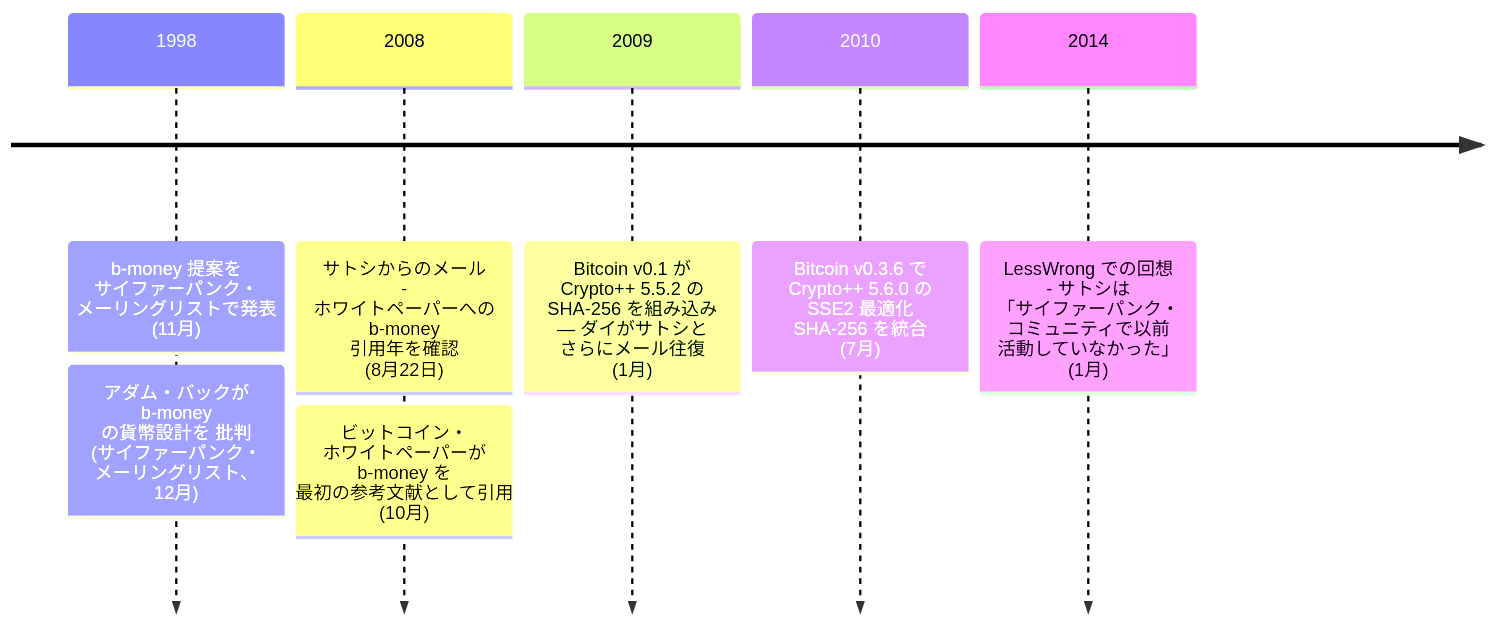
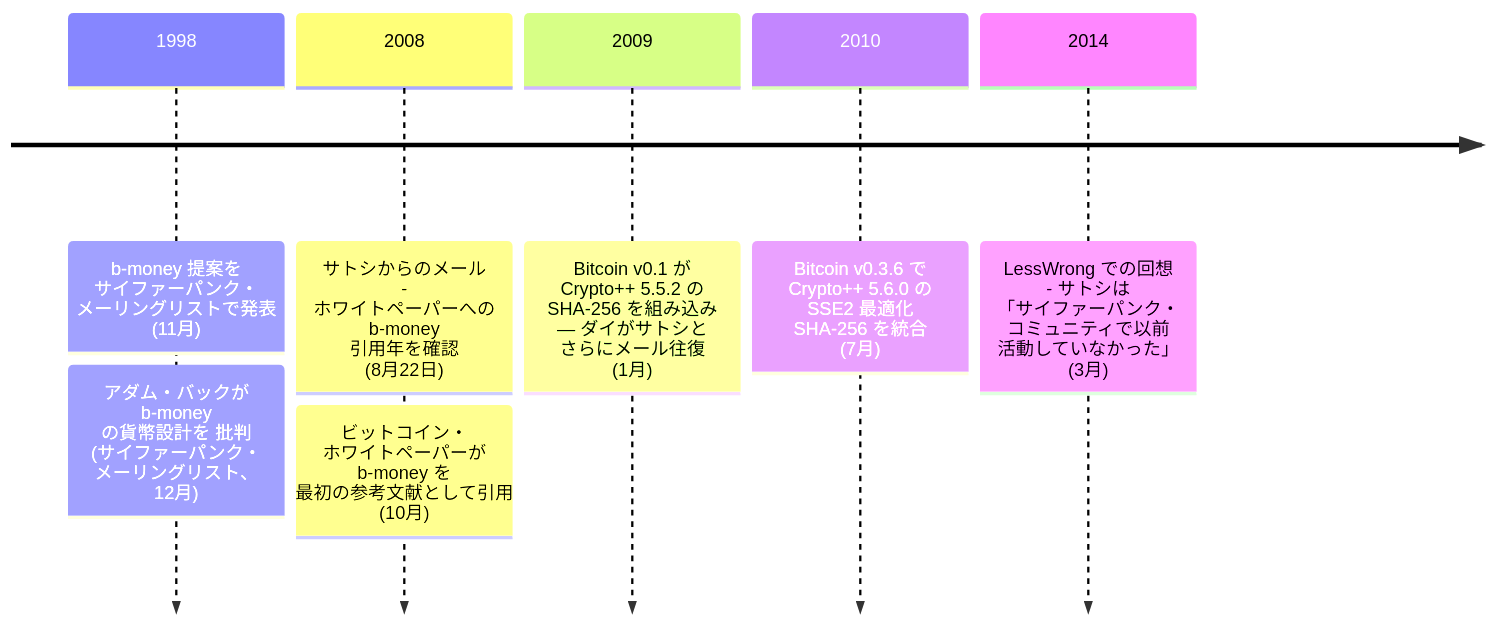
One commit to cypher256/BitcoinArchive changed the diagram in src/data/translations/ja/aftermath/2008-08-22-wei-dai-biography.md. Above: the diagram before and after it, drawn with Mermaid. The commit also changed 66 other files, not shown here.

````diff
--- a/src/data/translations/ja/aftermath/2008-08-22-wei-dai-biography.md
+++ b/src/data/translations/ja/aftermath/2008-08-22-wei-dai-biography.md
@@ -70,17 +70,17 @@
 ```mermaid
 timeline
     1998 : b-money 提案を サイファーパンク・ メーリングリストで発表 (11月)
     %% link: /BitcoinArchive/ja/entries/aftermath/1998-11-26-wei-dai-pipenet-b-money-announcement/
          : アダム・バックが b-money の貨幣設計を 批判 (サイファーパンク・ メーリングリスト、 12月)
     %% link: /BitcoinArchive/ja/entries/aftermath/1998-12-06-adam-back-b-money-monetary-critique/
     2008 : サトシからのメール - ホワイトペーパーへの b-money 引用年を確認 (8月22日)
     %% link: /BitcoinArchive/ja/entries/correspondence/wei-dai/2008-08-22-satoshi-to-wei-dai/
          : ビットコイン・ ホワイトペーパーが b-money を 最初の参考文献として引用 (10月)
     %% link: /BitcoinArchive/ja/entries/emails/cryptography/bitcoin-p2p-e-cash-paper/2008-10-31-bitcoin-p2p-e-cash-paper/
     2009 : Bitcoin v0.1 が Crypto++ 5.5.2 の SHA-256 を組み込み — ダイがサトシと さらにメール往復 (1月)
     %% link: /BitcoinArchive/ja/entries/correspondence/wei-dai/2009-01-10-satoshi-to-wei-dai/
     2010 : Bitcoin v0.3.6 で Crypto++ 5.6.0 の SSE2 最適化 SHA-256 を統合 (7月)
     %% link: /BitcoinArchive/ja/entries/forum/bitcointalk/topic-626/2010-07-29-alert-upgrade-to-0-3-6/
-    2014 : LessWrong での回想 - サトシは 「サイファーパンク・ コミュニティで以前 活動していなかった」 (1月)
+    2014 : LessWrong での回想 - サトシは 「サイファーパンク・ コミュニティで以前 活動していなかった」 (3月)
     %% link: /BitcoinArchive/ja/entries/aftermath/2014-01-12-wei-dai-retrospective-on-satoshi/
 ```
````
